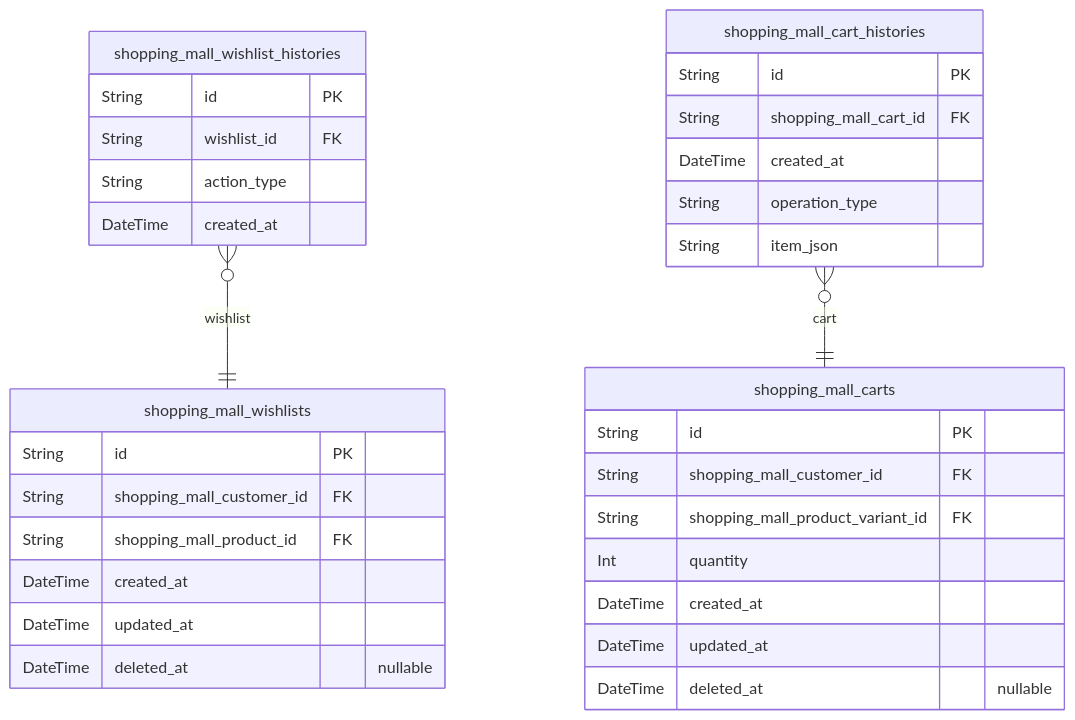
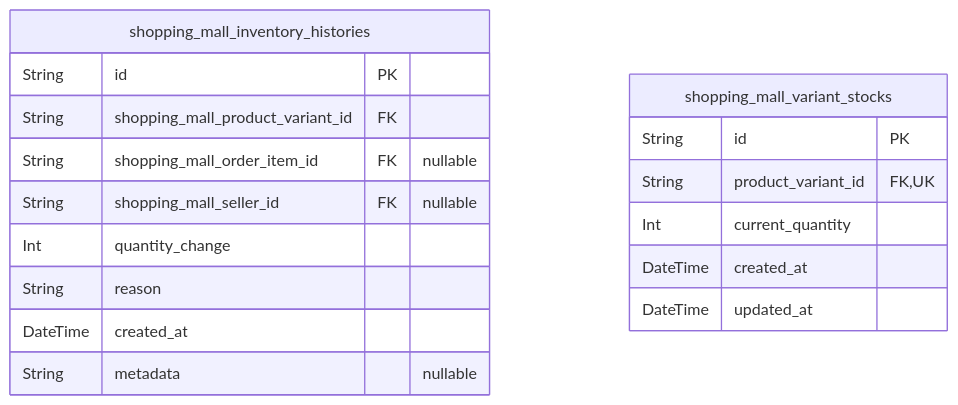
Before and after one commit to wrtnlabs/autobe-examples: the sixth of 9 diagrams in qwen/qwen3-coder-next/shopping/docs/ERD.md, drawn with Mermaid. The commit also changed other lines of this file and 25939 other files, not shown here.

````diff
--- a/qwen/qwen3-coder-next/shopping/docs/ERD.md
+++ b/qwen/qwen3-coder-next/shopping/docs/ERD.md
@@ -1135,35 +1653,20 @@
 ```mermaid
 erDiagram
-"shopping_mall_wishlists" {
+"shopping_mall_inventory_histories" {
   String id PK
-  String shopping_mall_customer_id FK
-  String shopping_mall_product_id FK
+  String shopping_mall_product_variant_id FK
+  String shopping_mall_order_item_id FK "nullable"
+  String shopping_mall_seller_id FK "nullable"
+  Int quantity_change
+  String reason
+  DateTime created_at
+  String metadata "nullable"
+}
+"shopping_mall_variant_stocks" {
+  String id PK
+  String product_variant_id FK,UK
+  Int current_quantity
   DateTime created_at
   DateTime updated_at
-  DateTime deleted_at "nullable"
 }
-"shopping_mall_carts" {
-  String id PK
-  String shopping_mall_customer_id FK
-  String shopping_mall_product_variant_id FK
-  Int quantity
-  DateTime created_at
-  DateTime updated_at
-  DateTime deleted_at "nullable"
-}
-"shopping_mall_wishlist_histories" {
-  String id PK
-  String wishlist_id FK
-  String action_type
-  DateTime created_at
-}
-"shopping_mall_cart_histories" {
-  String id PK
-  String shopping_mall_cart_id FK
-  DateTime created_at
-  String operation_type
-  String item_json
-}
-"shopping_mall_wishlist_histories" }o--|| "shopping_mall_wishlists" : wishlist
-"shopping_mall_cart_histories" }o--|| "shopping_mall_carts" : cart
 ```
````
